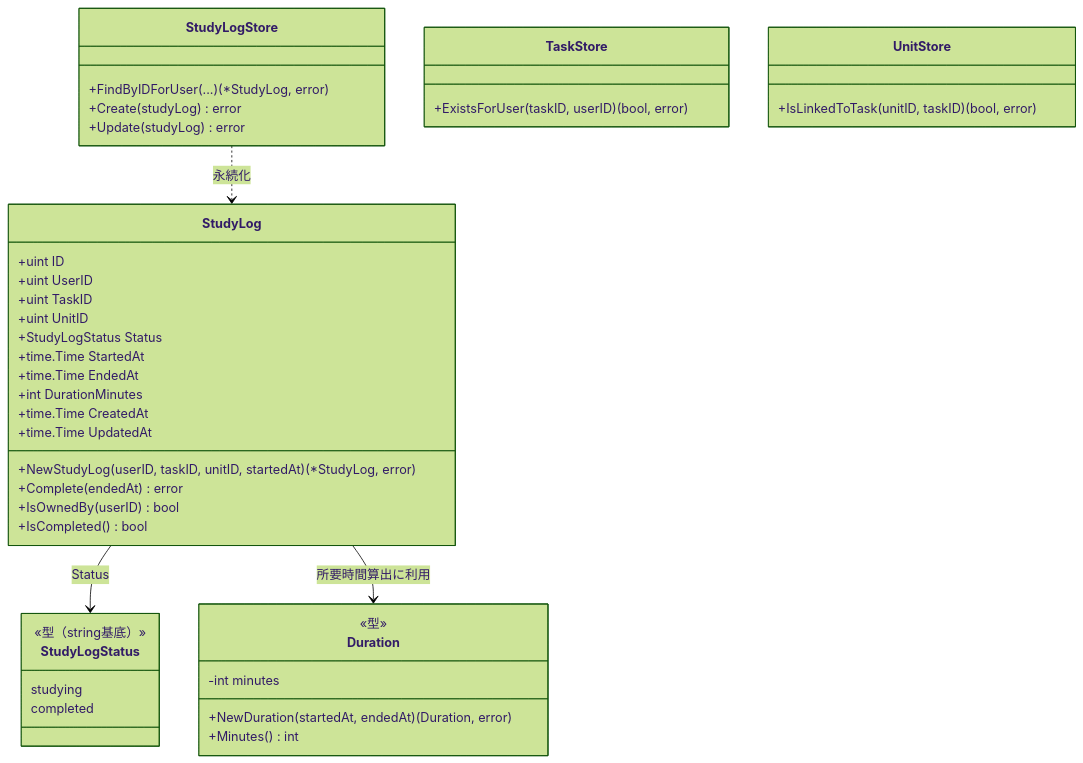
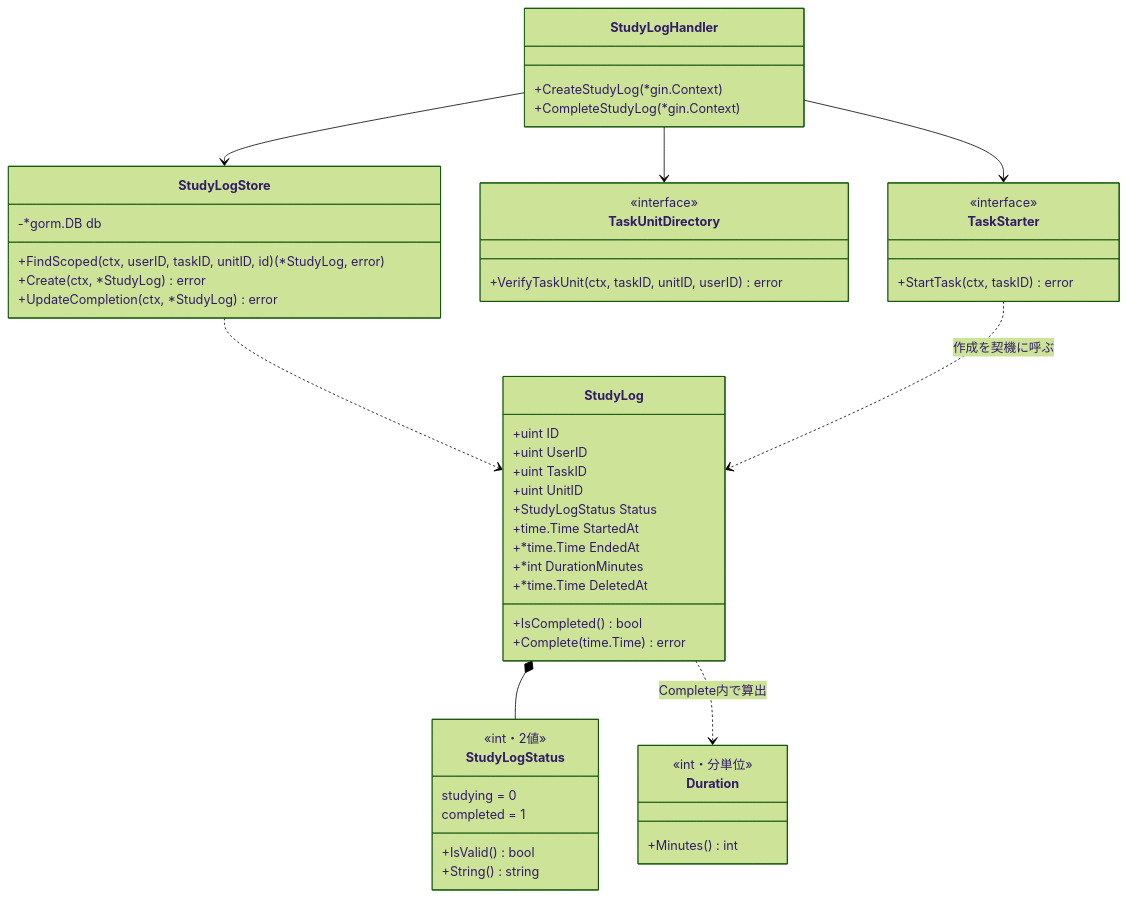
Before and after one commit to yuta20253/edu-platform-go-design: the first of 5 diagrams in 計画書/Go実装仕様書/学習ログ機能_Go実装仕様書.md, drawn with Mermaid (forest theme). The commit also changed other lines of this file, not shown here.

````diff
--- a/計画書/Go実装仕様書/学習ログ機能_Go実装仕様書.md
+++ b/計画書/Go実装仕様書/学習ログ機能_Go実装仕様書.md
@@ -187,45 +194,53 @@
 ```mermaid
 classDiagram
     class StudyLog {
         +uint ID
         +uint UserID
         +uint TaskID
         +uint UnitID
         +StudyLogStatus Status
         +time.Time StartedAt
-        +time.Time EndedAt
-        +int DurationMinutes
-        +time.Time CreatedAt
-        +time.Time UpdatedAt
-        +NewStudyLog(userID, taskID, unitID, startedAt) (*StudyLog, error)
-        +Complete(endedAt) error
-        +IsOwnedBy(userID) bool
+        +*time.Time EndedAt
+        +*int DurationMinutes
+        +*time.Time DeletedAt
         +IsCompleted() bool
+        +Complete(time.Time) error
     }
     class StudyLogStatus {
-        <<型（string基底）>>
-        studying
-        completed
+        <<int・2値>>
+        studying = 0
+        completed = 1
+        +IsValid() bool
+        +String() string
     }
     class Duration {
-        <<型>>
-        -int minutes
-        +NewDuration(startedAt, endedAt) (Duration, error)
+        <<int・分単位>>
         +Minutes() int
     }
     class StudyLogStore {
-        +FindByIDForUser(...) (*StudyLog, error)
-        +Create(studyLog) error
-        +Update(studyLog) error
+        -*gorm.DB db
+        +FindScoped(ctx, userID, taskID, unitID, id) (*StudyLog, error)
+        +Create(ctx, *StudyLog) error
+        +UpdateCompletion(ctx, *StudyLog) error
     }
-    class TaskStore {
-        +ExistsForUser(taskID, userID) (bool, error)
+    class TaskUnitDirectory {
+        <<interface>>
+        +VerifyTaskUnit(ctx, taskID, unitID, userID) error
     }
-    class UnitStore {
-        +IsLinkedToTask(unitID, taskID) (bool, error)
+    class TaskStarter {
+        <<interface>>
+        +StartTask(ctx, taskID) error
+    }
+    class StudyLogHandler {
+        +CreateStudyLog(*gin.Context)
+        +CompleteStudyLog(*gin.Context)
     }
 
-    StudyLog --> StudyLogStatus : Status
-    StudyLog --> Duration : 所要時間算出に利用
-    StudyLogStore ..> StudyLog : 永続化
+    StudyLog *-- StudyLogStatus
+    StudyLog ..> Duration : Complete内で算出
+    StudyLogStore ..> StudyLog
+    StudyLogHandler --> StudyLogStore
+    StudyLogHandler --> TaskUnitDirectory
+    StudyLogHandler --> TaskStarter
+    TaskStarter ..> StudyLog : 作成を契機に呼ぶ
 ```
````
